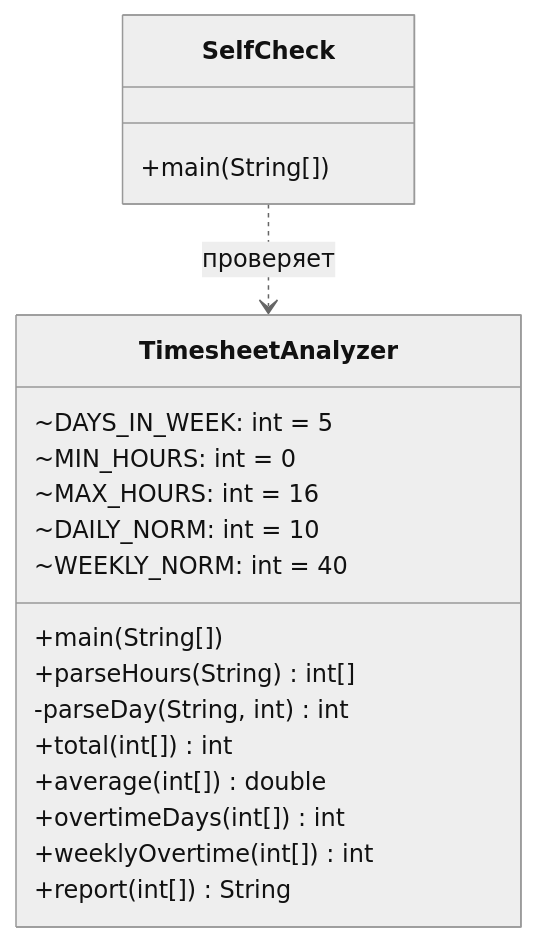
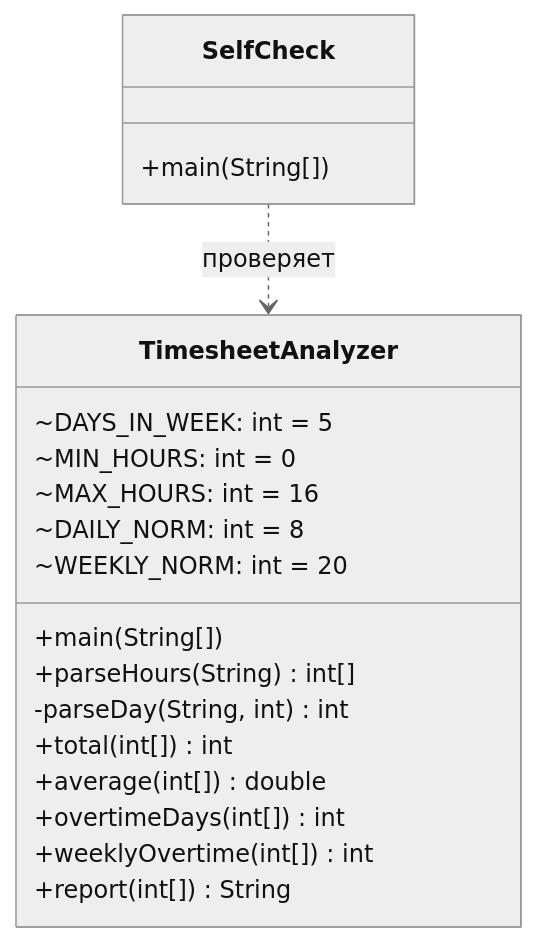
One commit to f1shi/java-practice changed the second of 2 diagrams in pr05/README.md. Above: the diagram before and after it, drawn with Mermaid (neutral theme). The commit also changed other lines of this file and 68 other files, not shown here.

````diff
--- a/pr05/README.md
+++ b/pr05/README.md
@@ -39,22 +40,22 @@
 ```mermaid
 classDiagram
     class TimesheetAnalyzer {
         ~DAYS_IN_WEEK: int = 5
         ~MIN_HOURS: int = 0
         ~MAX_HOURS: int = 16
-        ~DAILY_NORM: int = 10
-        ~WEEKLY_NORM: int = 40
+        ~DAILY_NORM: int = 8
+        ~WEEKLY_NORM: int = 20
         +main(String[])
         +parseHours(String) int[]
         -parseDay(String, int) int
         +total(int[]) int
         +average(int[]) double
         +overtimeDays(int[]) int
         +weeklyOvertime(int[]) int
         +report(int[]) String
     }
     class SelfCheck {
         +main(String[])
     }
     SelfCheck ..> TimesheetAnalyzer : проверяет
 ```
````
